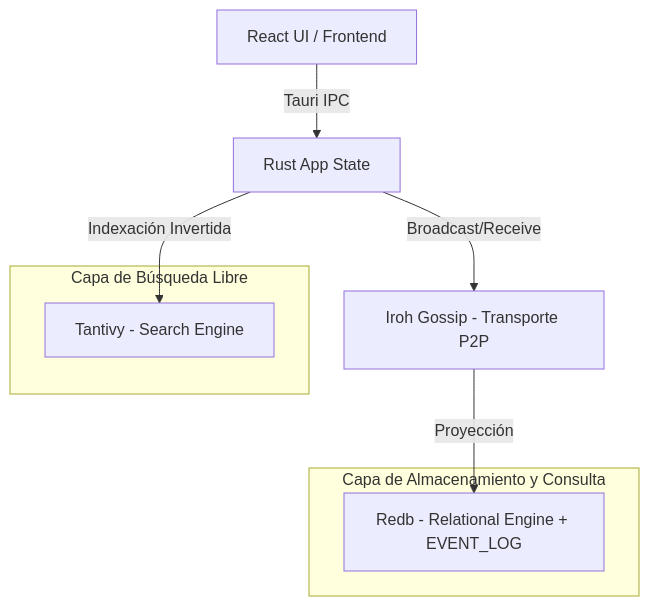
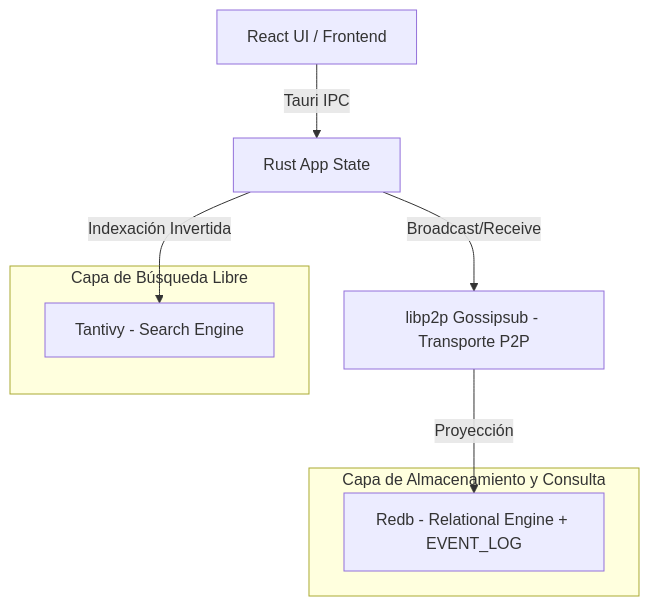
The diagram in apps/docs/src/content/docs/arquitectura/database.md (royalcala/syntrix-monorepo), drawn with Mermaid before and after one commit. The commit also changed other lines of this file and 24 other files, not shown here.

First line of the commit message:
Refactor P2P integration from Iroh to libp2p across the application

````diff
--- a/apps/docs/src/content/docs/arquitectura/database.md
+++ b/apps/docs/src/content/docs/arquitectura/database.md
@@ -14,16 +14,16 @@
 ```mermaid
 graph TD
     A[React UI / Frontend] -- Tauri IPC --> B[Rust App State]
     
     subgraph Capa de Almacenamiento y Consulta
         D[Redb - Relational Engine + EVENT_LOG]
     end
     
     subgraph Capa de Búsqueda Libre
         E[Tantivy - Search Engine]
     end
 
-    B -- Broadcast/Receive --> C[Iroh Gossip - Transporte P2P]
+    B -- Broadcast/Receive --> C[libp2p Gossipsub - Transporte P2P]
     C -- Proyección --> D
     B -- Indexación Invertida --> E
 ```
````
